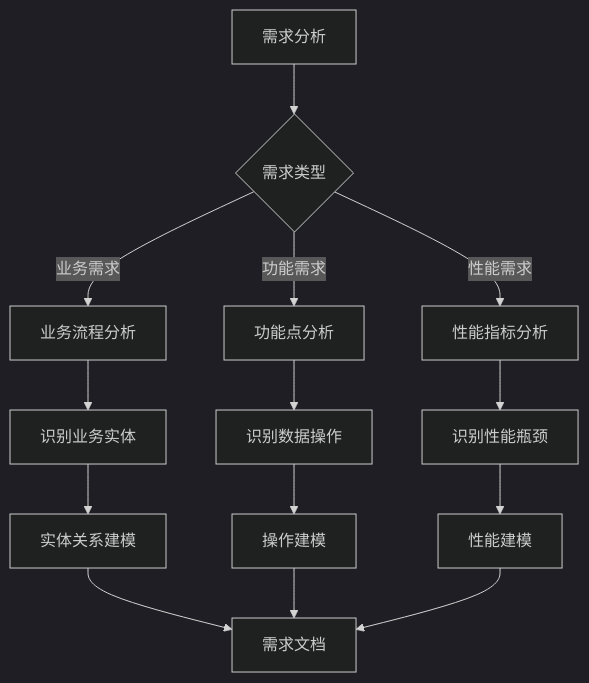
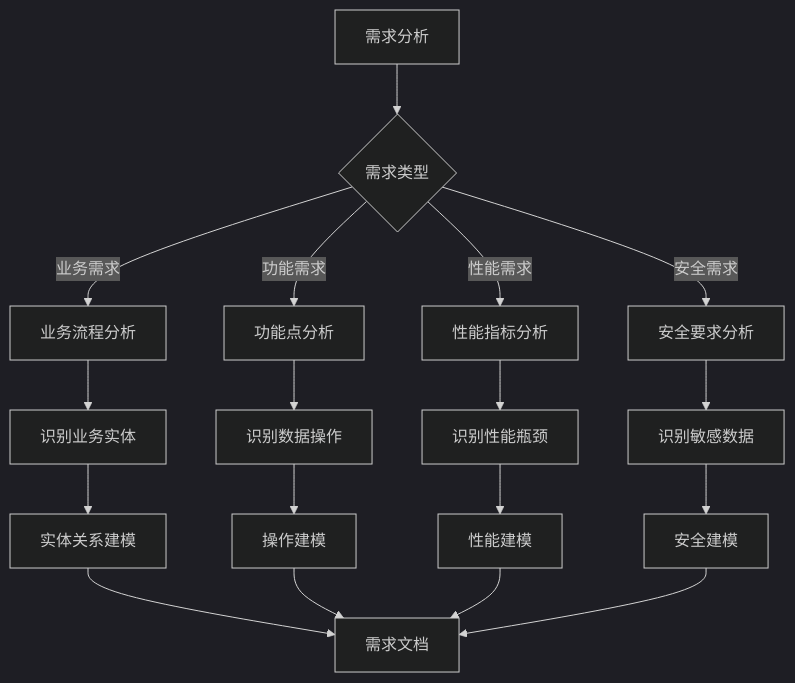
Diagram 11 of 24 in Design/07-数据库设计实践/07.01-Schema设计方法论.md (AdaMartin18010/Data-Science), drawn with Mermaid (dark theme) before and after one commit. The commit also changed other lines of this file and 55 other files, not shown here.

````diff
--- a/Design/07-数据库设计实践/07.01-Schema设计方法论.md
+++ b/Design/07-数据库设计实践/07.01-Schema设计方法论.md
@@ -156,20 +851,24 @@
 ```mermaid
 flowchart TD
     A[需求分析] --> B{需求类型}
 
     B -->|业务需求| C[业务流程分析]
     B -->|功能需求| D[功能点分析]
     B -->|性能需求| E[性能指标分析]
+    B -->|安全需求| F[安全要求分析]
 
-    C --> F[识别业务实体]
-    D --> G[识别数据操作]
-    E --> H[识别性能瓶颈]
+    C --> G[识别业务实体]
+    D --> H[识别数据操作]
+    E --> I[识别性能瓶颈]
+    F --> J[识别敏感数据]
 
-    F --> I[实体关系建模]
-    G --> J[操作建模]
-    H --> K[性能建模]
+    G --> K[实体关系建模]
+    H --> L[操作建模]
+    I --> M[性能建模]
+    J --> N[安全建模]
 
-    I --> L[需求文档]
-    J --> L
-    K --> L
+    K --> O[需求文档]
+    L --> O
+    M --> O
+    N --> O
 ```
````
